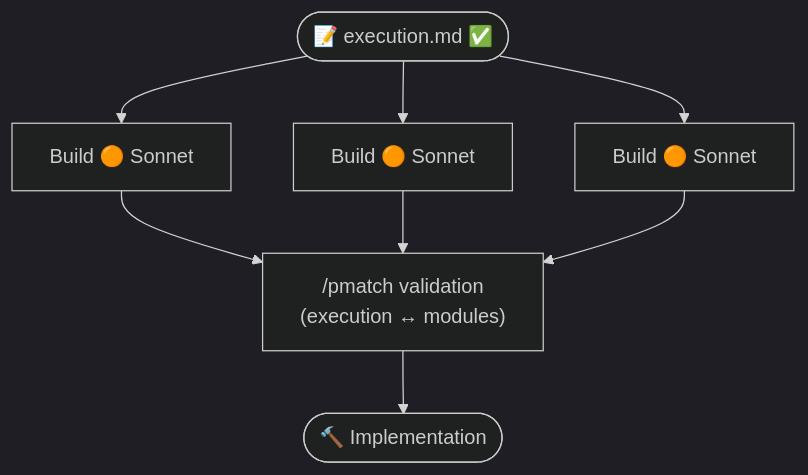
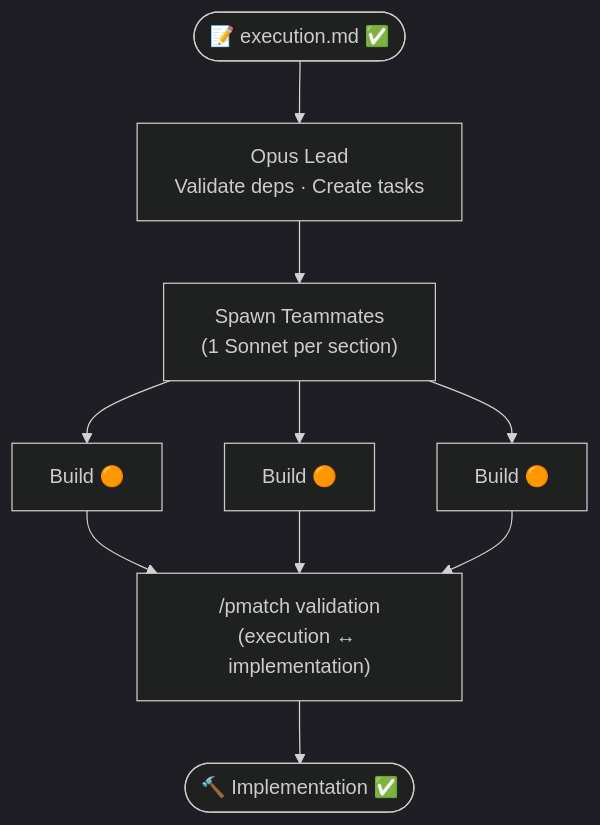
Before and after one commit to skillsets-cc/main: the seventh of 8 diagrams in skillsets/@supercollectible/Valence/content/README.md, drawn with Mermaid. The commit also changed other lines of this file and 1 other file, not shown here.

````diff
--- a/skillsets/@supercollectible/Valence/content/README.md
+++ b/skillsets/@supercollectible/Valence/content/README.md
@@ -194,10 +201,12 @@
 ```mermaid
 %%{init: {'theme': 'dark'}}%%
 flowchart TB
     exec(["📝 execution.md ✅"])
-    exec --> b1["Build 🟠 Sonnet"]
-    exec --> b2["Build 🟠 Sonnet"]
-    exec --> b3["Build 🟠 Sonnet"]
-    b1 & b2 & b3 --> val["/pmatch validation\n(execution ↔ modules)"]
-    val --> code(["🔨 Implementation"])
+    exec --> load["Opus Lead<br/>Validate deps · Create tasks"]
+    load --> spawn["Spawn Teammates<br/>(1 Sonnet per section)"]
+    spawn --> b1["Build 🟠"]
+    spawn --> b2["Build 🟠"]
+    spawn --> b3["Build 🟠"]
+    b1 & b2 & b3 --> val["/pmatch validation<br/>(execution ↔ implementation)"]
+    val --> out(["🔨 Implementation ✅"])
 ```
````
